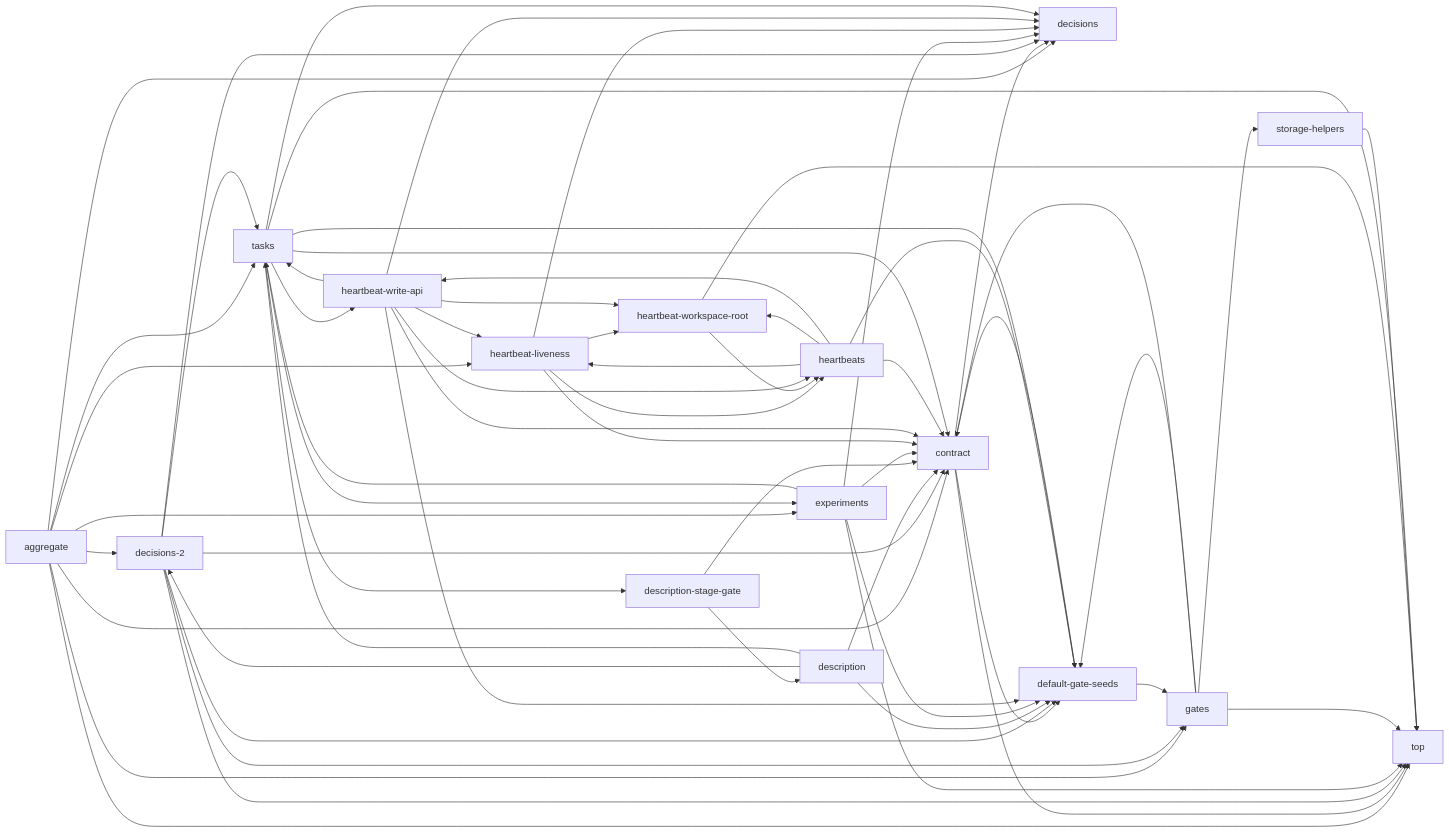
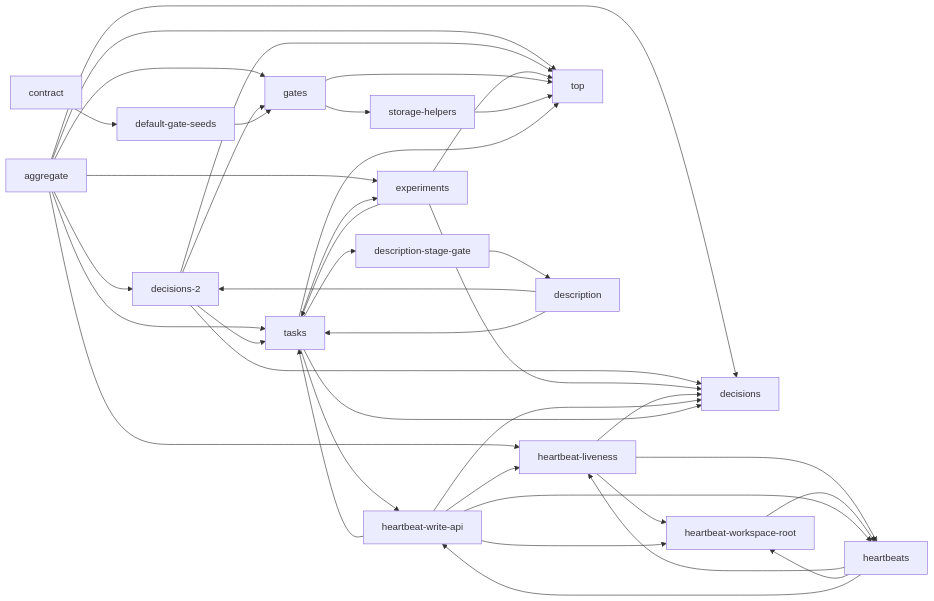
The fourth of 12 diagrams in docs/project-description.md (Han-Haocheng/project-flow), drawn with Mermaid before and after one commit. The commit also changed other lines of this file and 3 other files, not shown here.

````diff
--- a/docs/project-description.md
+++ b/docs/project-description.md
@@ -362,63 +369,42 @@
 ```mermaid
 graph LR
-  m13["aggregate"] --> m2["contract"]
   m13["aggregate"] --> m1["decisions"]
   m13["aggregate"] --> m8["decisions-2"]
   m13["aggregate"] --> m5["experiments"]
   m13["aggregate"] --> m7["gates"]
   m13["aggregate"] --> m11["heartbeat-liveness"]
   m13["aggregate"] --> m6["tasks"]
   m13["aggregate"] --> m0["top"]
-  m2["contract"] --> m1["decisions"]
   m2["contract"] --> m3["default-gate-seeds"]
-  m2["contract"] --> m0["top"]
-  m8["decisions-2"] --> m2["contract"]
   m8["decisions-2"] --> m1["decisions"]
-  m8["decisions-2"] --> m3["default-gate-seeds"]
   m8["decisions-2"] --> m7["gates"]
   m8["decisions-2"] --> m6["tasks"]
   m8["decisions-2"] --> m0["top"]
-  m3["default-gate-seeds"] --> m2["contract"]
   m3["default-gate-seeds"] --> m7["gates"]
-  m14["description"] --> m2["contract"]
   m14["description"] --> m8["decisions-2"]
-  m14["description"] --> m3["default-gate-seeds"]
   m14["description"] --> m6["tasks"]
-  m15["description-stage-gate"] --> m2["contract"]
   m15["description-stage-gate"] --> m14["description"]
-  m5["experiments"] --> m2["contract"]
   m5["experiments"] --> m1["decisions"]
-  m5["experiments"] --> m3["default-gate-seeds"]
   m5["experiments"] --> m6["tasks"]
   m5["experiments"] --> m0["top"]
-  m7["gates"] --> m2["contract"]
-  m7["gates"] --> m3["default-gate-seeds"]
   m7["gates"] --> m4["storage-helpers"]
   m7["gates"] --> m0["top"]
-  m11["heartbeat-liveness"] --> m2["contract"]
   m11["heartbeat-liveness"] --> m1["decisions"]
   m11["heartbeat-liveness"] --> m10["heartbeat-workspace-root"]
   m11["heartbeat-liveness"] --> m9["heartbeats"]
   m10["heartbeat-workspace-root"] --> m9["heartbeats"]
-  m10["heartbeat-workspace-root"] --> m0["top"]
-  m12["heartbeat-write-api"] --> m2["contract"]
   m12["heartbeat-write-api"] --> m1["decisions"]
-  m12["heartbeat-write-api"] --> m3["default-gate-seeds"]
   m12["heartbeat-write-api"] --> m11["heartbeat-liveness"]
   m12["heartbeat-write-api"] --> m10["heartbeat-workspace-root"]
   m12["heartbeat-write-api"] --> m9["heartbeats"]
   m12["heartbeat-write-api"] --> m6["tasks"]
-  m9["heartbeats"] --> m2["contract"]
-  m9["heartbeats"] --> m3["default-gate-seeds"]
   m9["heartbeats"] --> m11["heartbeat-liveness"]
   m9["heartbeats"] --> m10["heartbeat-workspace-root"]
   m9["heartbeats"] --> m12["heartbeat-write-api"]
   m4["storage-helpers"] --> m0["top"]
-  m6["tasks"] --> m2["contract"]
   m6["tasks"] --> m1["decisions"]
-  m6["tasks"] --> m3["default-gate-seeds"]
   m6["tasks"] --> m15["description-stage-gate"]
   m6["tasks"] --> m5["experiments"]
   m6["tasks"] --> m12["heartbeat-write-api"]
   m6["tasks"] --> m0["top"]
 ```
````
